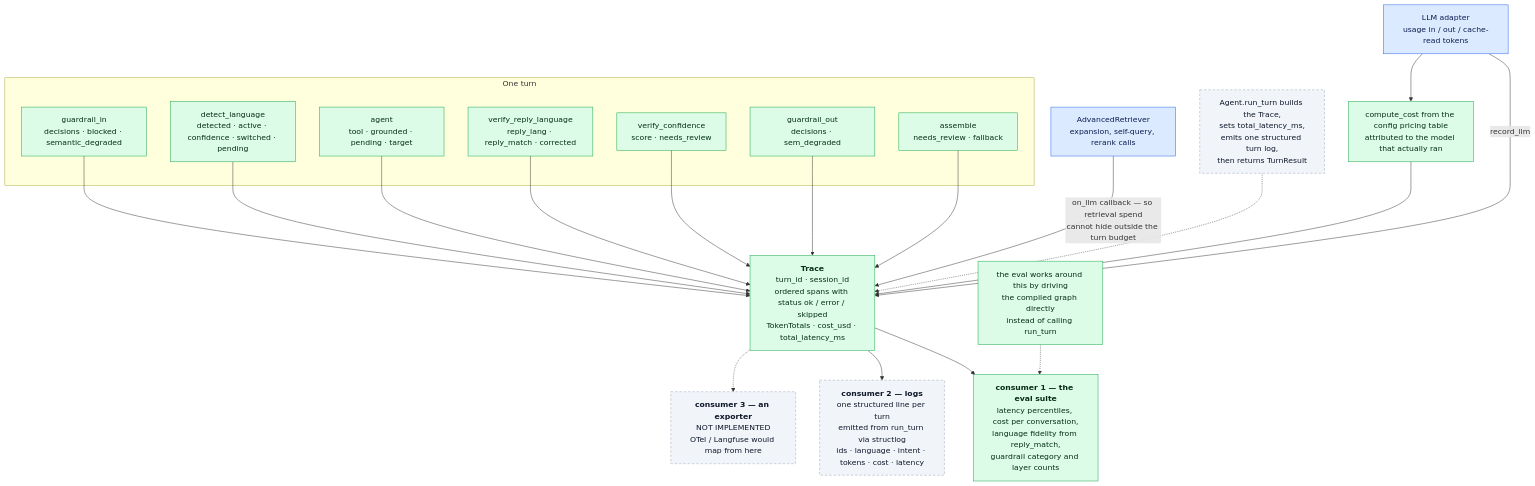
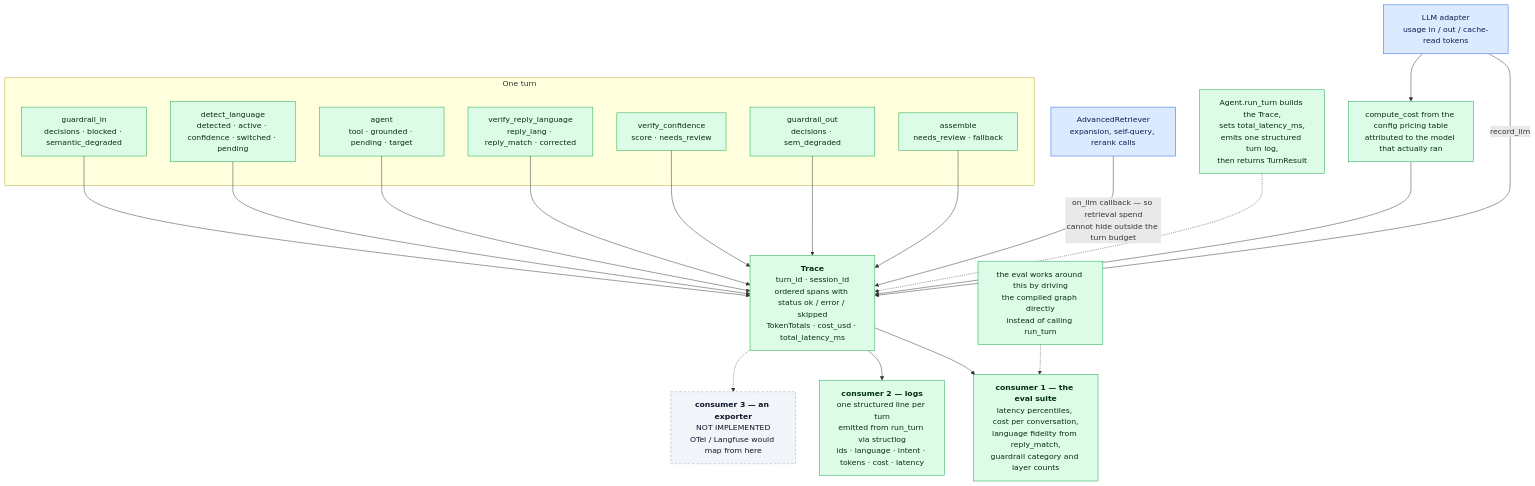
One commit to Deyber2000/zapp-ai-agent changed the diagram in docs/layer-5-observability.md. Above: the diagram before and after it, drawn with Mermaid. The commit also changed 4 other files, not shown here.

First line of the commit message:
docs: add a component map + refresh layer diagrams to current architecture

````diff
--- a/docs/layer-5-observability.md
+++ b/docs/layer-5-observability.md
@@ -10,43 +10,43 @@
 ```mermaid
 flowchart TB
     subgraph turn["One turn"]
         N1["guardrail_in<br/>decisions · blocked · semantic_degraded"]
         N2["detect_language<br/>detected · active · confidence · switched · pending"]
         N3["agent<br/>tool · grounded · pending · target"]
         N4["verify_reply_language<br/>reply_lang · reply_match · corrected"]
         N5["verify_confidence<br/>score · needs_review"]
         N6["guardrail_out<br/>decisions · sem_degraded"]
         N7["assemble<br/>needs_review · fallback"]
     end
 
     N1 --> TR
     N2 --> TR
     N3 --> TR
     N4 --> TR
     N5 --> TR
     N6 --> TR
     N7 --> TR
 
     ADP["LLM adapter<br/>usage in / out / cache-read tokens"] -->|record_llm| TR
     ADP --> COST["compute_cost from the config pricing table<br/>attributed to the model that actually ran"]
     COST --> TR
     RET["AdvancedRetriever<br/>expansion, self-query, rerank calls"] -->|"on_llm callback — so retrieval spend<br/>cannot hide outside the turn budget"| TR
 
     TR["<b>Trace</b><br/>turn_id · session_id<br/>ordered spans with status ok / error / skipped<br/>TokenTotals · cost_usd · total_latency_ms"]
 
     TR --> C1["<b>consumer 1 — the eval suite</b><br/>latency percentiles, cost per conversation,<br/>language fidelity from reply_match,<br/>guardrail category and layer counts"]
     TR --> C2["<b>consumer 2 — logs</b><br/>one structured line per turn<br/>emitted from run_turn via structlog<br/>ids · language · intent · tokens · cost · latency"]
     TR -.-> C3["<b>consumer 3 — an exporter</b><br/>NOT IMPLEMENTED<br/>OTel / Langfuse would map from here"]
 
     RT["Agent.run_turn builds the Trace,<br/>sets total_latency_ms,<br/>emits one structured turn log,<br/>then returns TurnResult"]
     RT -.-> TR
     EV["the eval works around this by driving<br/>the compiled graph directly<br/>instead of calling run_turn"]
     EV -.-> C1
 
     classDef det fill:#dcfce7,stroke:#16a34a,color:#052e16;
     classDef llm fill:#dbeafe,stroke:#2563eb,color:#0c1d51;
     classDef gap fill:#f1f5f9,stroke:#94a3b8,color:#0f172a,stroke-dasharray: 5 4;
-    class N1,N2,N3,N4,N5,N6,N7,TR,COST,C1,EV det;
+    class N1,N2,N3,N4,N5,N6,N7,TR,COST,C1,EV,C2,RT det;
     class ADP,RET llm;
-    class C2,C3,RT gap;
+    class C3 gap;
 ```
````
